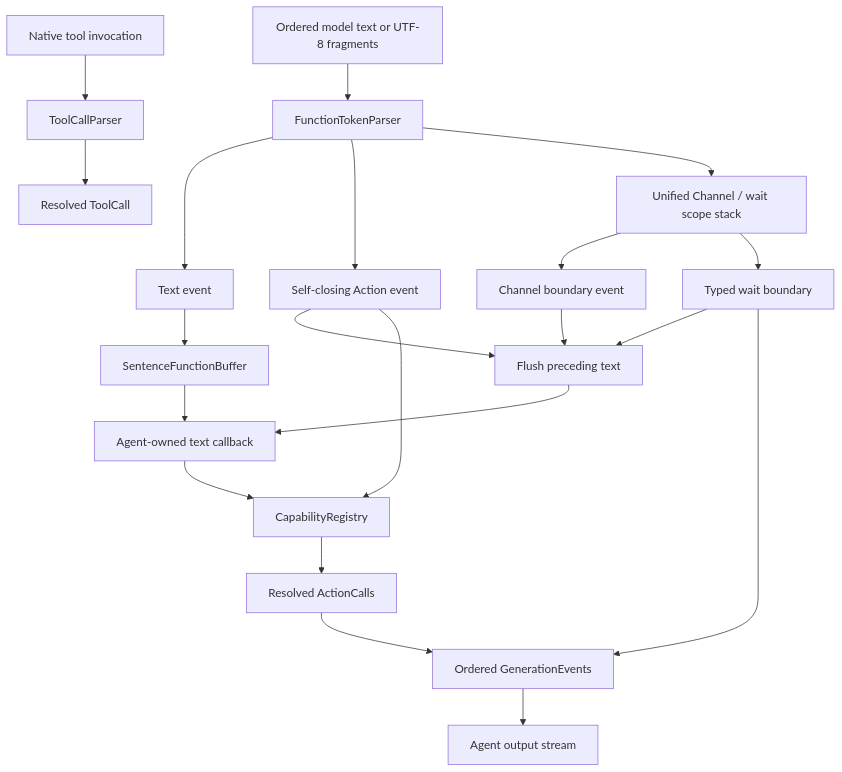
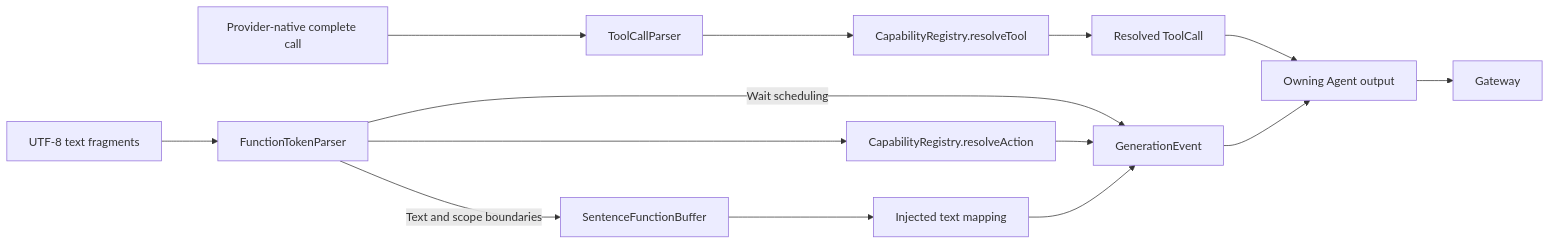
Before and after one commit to devilyouwei/MobileHarness: the first of 2 diagrams in MobileHarness/Agents/Support/Core/Generation/README.md, drawn with Mermaid. The commit also changed other lines of this file and 116 other files, not shown here.

````diff
--- a/MobileHarness/Agents/Support/Core/Generation/README.md
+++ b/MobileHarness/Agents/Support/Core/Generation/README.md
@@ -54,23 +15,16 @@
 ```mermaid
-flowchart TD
-    Model[Ordered model text or UTF-8 fragments] --> Parser[FunctionTokenParser]
-    Parser --> Text[Text event]
-    Parser --> Action[Self-closing Action event]
-    Parser --> Channel[Unified Channel / wait scope stack]
-    Channel --> Boundary[Channel boundary event]
-    Channel --> Wait[Typed wait boundary]
-    Wait --> Flush
-    Text --> Sentence[SentenceFunctionBuffer]
-    Action --> Flush[Flush preceding text]
-    Boundary --> Flush
-    Sentence --> Mapping[Agent-owned text callback]
-    Flush --> Mapping
-    Mapping --> Registry[CapabilityRegistry]
-    Action --> Registry
-    Registry --> Calls[Resolved ActionCalls]
-    Calls --> Events[Ordered GenerationEvents]
-    Wait --> Events
-    Events --> Agent[Agent output stream]
-    Native[Native tool invocation] --> Tools[ToolCallParser]
-    Tools --> Tool[Resolved ToolCall]
+flowchart LR
+ Stream[UTF-8 text fragments] --> Parser[FunctionTokenParser]
+ Parser -->|Text and scope boundaries| Sentences[SentenceFunctionBuffer]
+ Sentences --> Mapping[Injected text mapping]
+ Parser --> Resolver[CapabilityRegistry.resolveAction]
+ Parser -->|Wait scheduling| Events[GenerationEvent]
+ Resolver --> Events
+ Mapping --> Events
+ Native[Provider-native complete call] --> ToolParser[ToolCallParser]
+ ToolParser --> NativeResolver[CapabilityRegistry.resolveTool]
+ NativeResolver --> Tool[Resolved ToolCall]
+ Tool --> Agent[Owning Agent output]
+ Events --> Agent
+ Agent --> Gateway
 ```
````
